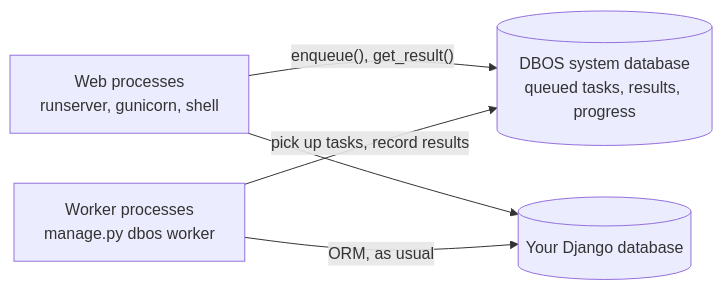
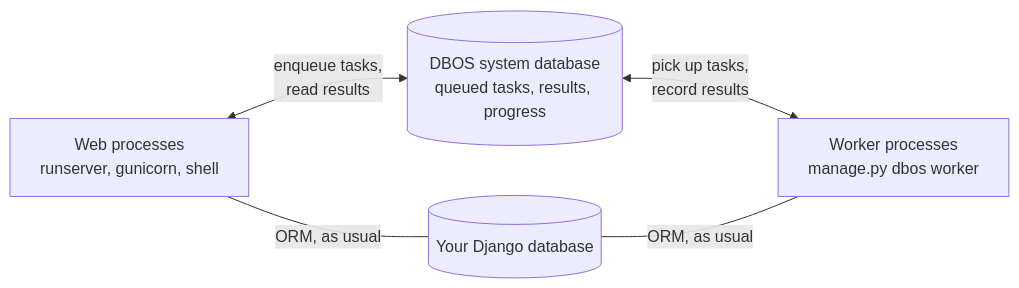
Before and after one commit to lewoudar/django-dbos: the diagram in docs/index.md, drawn with Mermaid.

Commit message:
docs(index): lay out the process diagram without crossing edges
Put both databases between the web processes and the workers so each
label sits on its own edge, show the system database traffic in both
directions, and draw the ORM access as plain lines.

````diff
--- a/docs/index.md
+++ b/docs/index.md
@@ -25,12 +25,12 @@
 ```mermaid
 flowchart LR
     web["Web processes<br/>runserver, gunicorn, shell"]
-    worker["Worker processes<br/>manage.py dbos worker"]
     sysdb[("DBOS system database<br/>queued tasks, results, progress")]
     appdb[("Your Django database")]
+    worker["Worker processes<br/>manage.py dbos worker"]
 
-    web -- "enqueue(), get_result()" --> sysdb
-    worker -- "pick up tasks, record results" --> sysdb
-    web --> appdb
-    worker -- "ORM, as usual" --> appdb
+    web <-- "enqueue tasks,<br/>read results" --> sysdb
+    web -- "ORM, as usual" --- appdb
+    sysdb <-- "pick up tasks,<br/>record results" --> worker
+    appdb -- "ORM, as usual" --- worker
 ```
````
